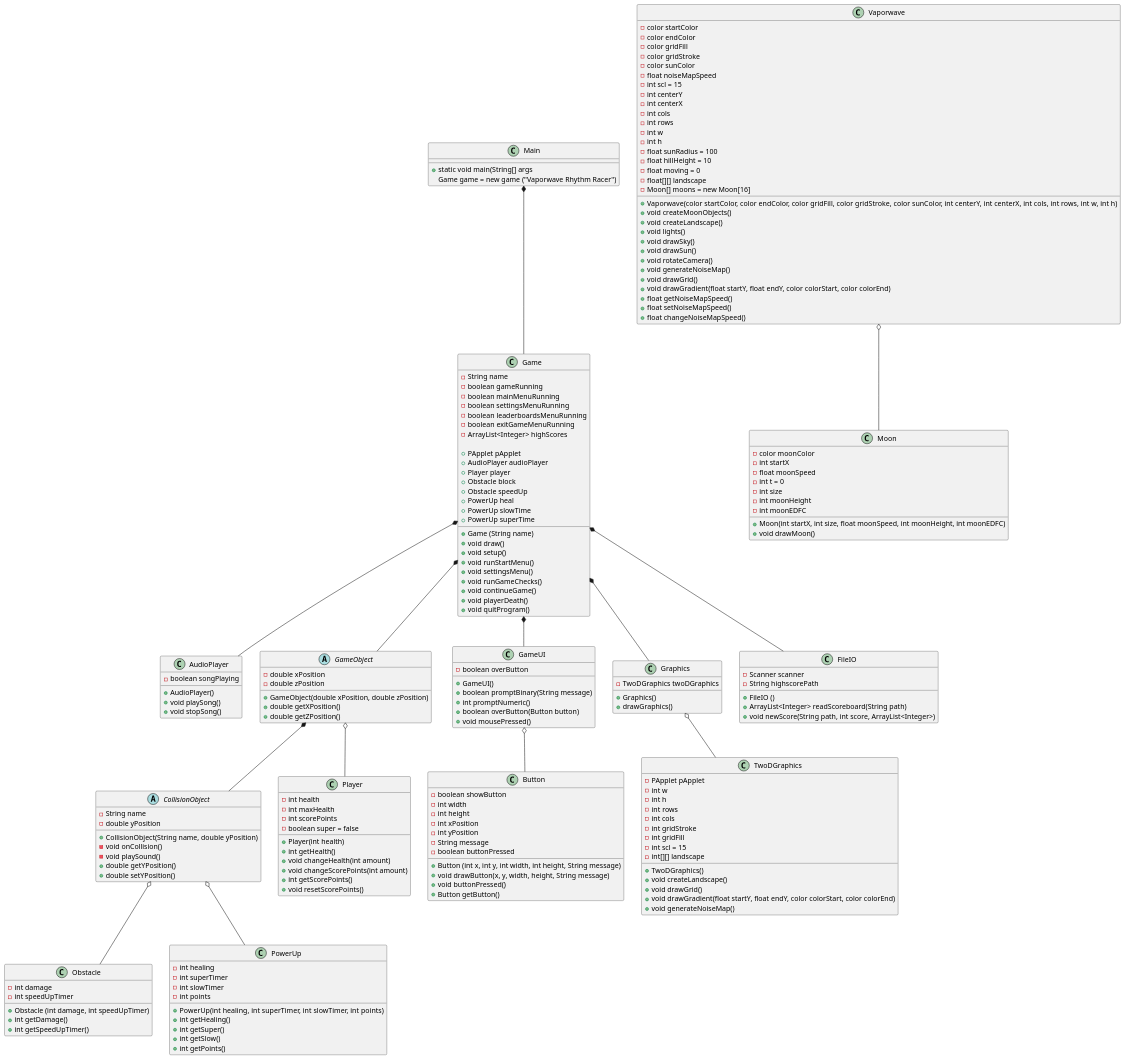
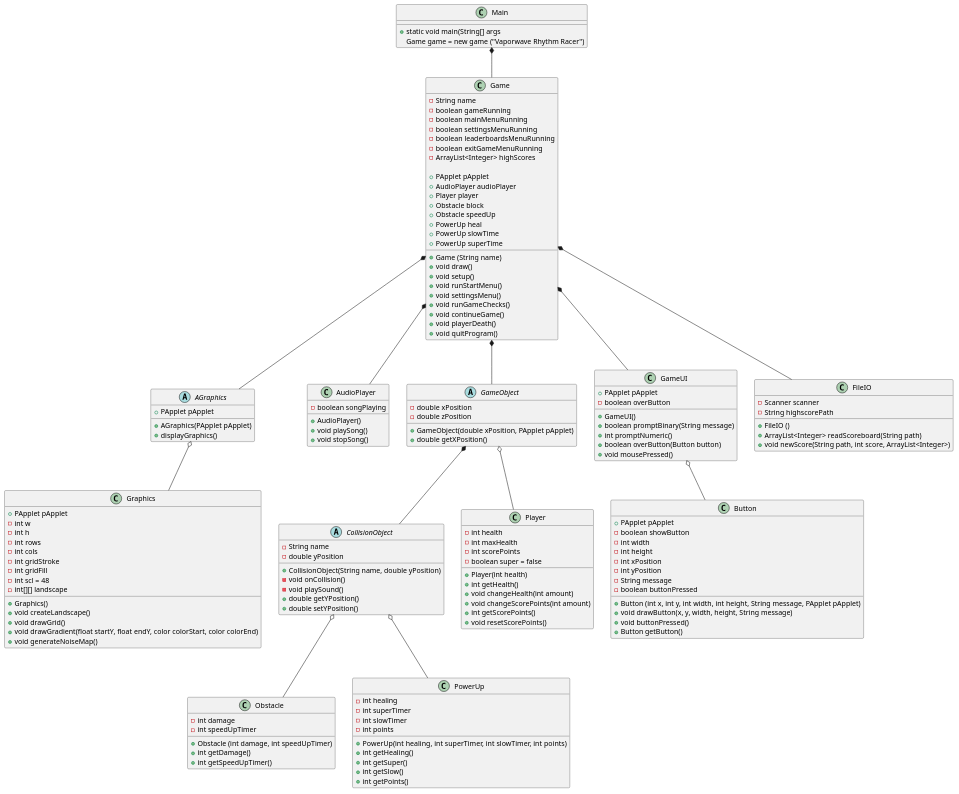
The diagram in doc/Plan/static/classdiagram.puml (Gervig/Vaporwave-Rhythm-Racer), drawn with PlantUML before and after one commit. The commit also changed 9 other files, not shown here.

```diff
--- a/doc/Plan/static/classdiagram.puml
+++ b/doc/Plan/static/classdiagram.puml
@@ -40,6 +40,13 @@
 + void quitProgram()
 }
 
+abstract class AGraphics{
++ PApplet pApplet
++ AGraphics(PApplet pApplet)
++ displayGraphics()
+}
+
+
 'extra feature for later
 class AudioPlayer{
 - boolean songPlaying
@@ -56,9 +63,8 @@
 - double zPosition
 
 'constructor
-+ GameObject(double xPosition, double zPosition)
++ GameObject(double xPosition, PApplet pApplet)
 + double getXPosition()
-+ double getZPosition()
 }
 
 abstract class CollisionObject{
@@ -119,6 +125,7 @@
 
 'creates buttons and general UI for the user to interact with
 class GameUI{
++ PApplet pApplet
 - boolean overButton
 
 'constructor
@@ -131,6 +138,7 @@
 }
 
 class Button{
++ PApplet pApplet
 - boolean showButton
 - int width
 - int height
@@ -140,89 +148,29 @@
 - boolean buttonPressed
 
 'constructor
-+ Button (int x, int y, int width, int height, String message)
++ Button (int x, int y, int width, int height, String message, PApplet pApplet)
 + void drawButton(x, y, width, height, String message)
 + void buttonPressed()
 + Button getButton()
 }
 
+
 class Graphics{
-'- Vaporwave vaporwave
-- TwoDGraphics twoDGraphics
-
-'constructor
-+ Graphics()
-+ drawGraphics()
-}
-
-class Vaporwave{
-- color startColor
-- color endColor
-- color gridFill
-- color gridStroke
-- color sunColor
-'vi skal have en variabel til spillets fart, altså noiseMapSpeed
-- float noiseMapSpeed
-- int scl = 15
-- int centerY
-- int centerX
-- int cols
-- int rows
-- int w
-- int h
-- float sunRadius = 100
-- float hillHeight = 10
-- float moving = 0
-- float[][] landscape
-- Moon[] moons = new Moon[16]
-'constructor
-+ Vaporwave(color startColor, color endColor, color gridFill, color gridStroke, color sunColor, int centerY, int centerX, int cols, int rows, int w, int h)
-+ void createMoonObjects()
-+ void createLandscape()
-+ void lights()
-+ void drawSky()
-+ void drawSun()
-+ void rotateCamera()
-+ void generateNoiseMap()
-+ void drawGrid()
-+ void drawGradient(float startY, float endY, color colorStart, color colorEnd)
-'De følgende metoder burde kaldes til at få banen til at følge med resten af spillets speed
-+ float getNoiseMapSpeed()
-+ float setNoiseMapSpeed()
-+ float changeNoiseMapSpeed()
-
-}
-
-class TwoDGraphics{
-- PApplet pApplet
++ PApplet pApplet
 - int w
 - int h
 - int rows
 - int cols
 - int gridStroke
 - int gridFill
-- int scl = 15
+- int scl = 48
 - int[][] landscape
 'constructor
-+ TwoDGraphics()
++ Graphics()
 + void createLandscape()
 + void drawGrid()
 + void drawGradient(float startY, float endY, color colorStart, color colorEnd)
 + void generateNoiseMap()
-}
-
-class Moon{
- - color moonColor
-' color moonColor = color(160, 255, 255); check if IntelliJ can do color like this
- - int startX
- - float moonSpeed
- - int t = 0
- - int size
- - int moonHeight
- - int moonEDFC
- 'constructor
- + Moon(int startX, int size, float moonSpeed, int moonHeight, int moonEDFC)
- + void drawMoon()
 }
 
 'handles highscores
@@ -239,17 +187,16 @@
 
 Main *-- Game
 Game *-- FileIO
+Game *-- AudioPlayer
+Game *-- AGraphics
+Game *-- GameObject
 Game *-- GameUI
-Game *-- GameObject
-Game *-- Graphics
-Game *-- AudioPlayer
 GameObject o-- Player
 GameObject *-- CollisionObject
 CollisionObject o-- Obstacle
 CollisionObject o-- PowerUp
 GameUI o-- Button
-Graphics o-- TwoDGraphics
-'Graphics o-- Vaporwave
-Vaporwave o-- Moon
+AGraphics o-- Graphics
+
 
 @enduml
```
